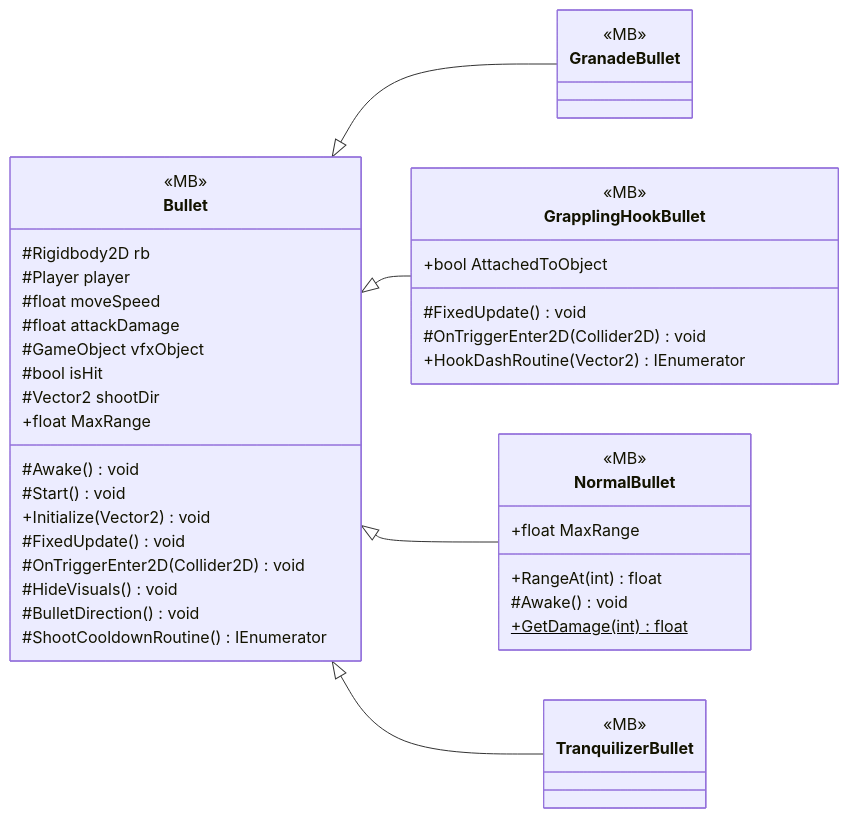
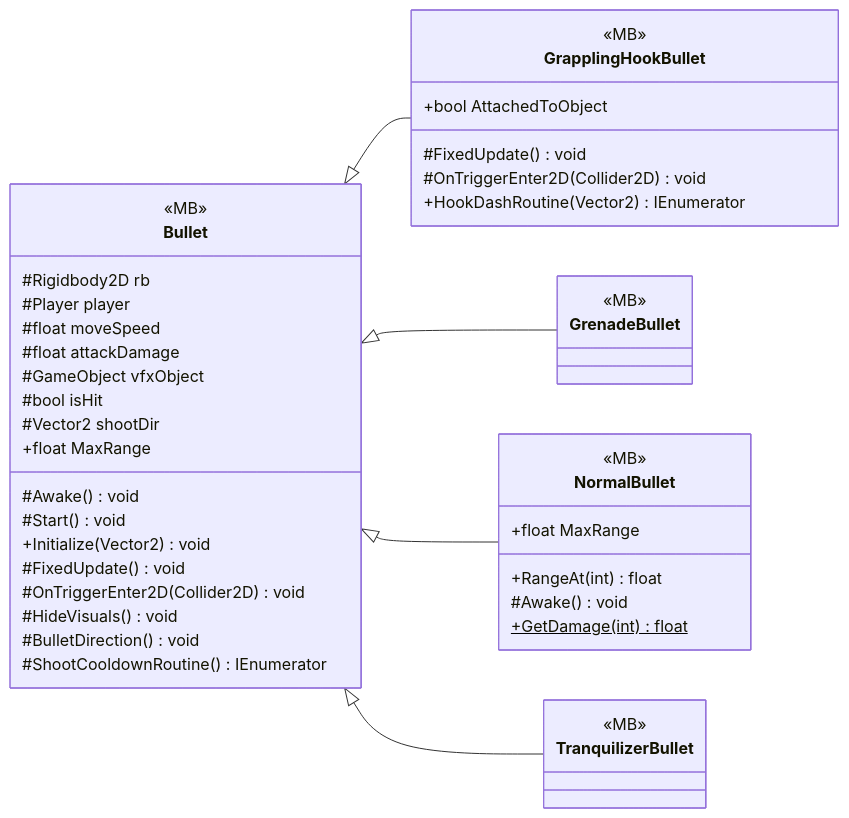
The diagram in docs/uml/modules/Gameplay_Projectiles.md (PhumipatWave/project-ocean), drawn with Mermaid before and after one commit. The commit also changed other lines of this file and 346 other files, not shown here.

````diff
--- a/docs/uml/modules/Gameplay_Projectiles.md
+++ b/docs/uml/modules/Gameplay_Projectiles.md
@@ -7,48 +7,48 @@
 ```mermaid
 classDiagram
   direction LR
   class Bullet {
     <<MB>>
     <<abstract>>
     #Rigidbody2D rb
     #Player player
     #float moveSpeed
     #float attackDamage
     #GameObject vfxObject
     #bool isHit
     #Vector2 shootDir
     +float MaxRange
     #Awake() void
     #Start() void
     +Initialize(Vector2) void
     #FixedUpdate() void
     #OnTriggerEnter2D(Collider2D) void
     #HideVisuals() void
     #BulletDirection() void
     #ShootCooldownRoutine() IEnumerator
   }
-  class GranadeBullet {
-    <<MB>>
-  }
   class GrapplingHookBullet {
     <<MB>>
     +bool AttachedToObject
     #FixedUpdate() void
     #OnTriggerEnter2D(Collider2D) void
     +HookDashRoutine(Vector2) IEnumerator
+  }
+  class GrenadeBullet {
+    <<MB>>
   }
   class NormalBullet {
     <<MB>>
     +float MaxRange
     +RangeAt(int) float
     #Awake() void
     +GetDamage(int)$ float
   }
   class TranquilizerBullet {
     <<MB>>
   }
-  Bullet <|-- GranadeBullet
   Bullet <|-- GrapplingHookBullet
+  Bullet <|-- GrenadeBullet
   Bullet <|-- NormalBullet
   Bullet <|-- TranquilizerBullet
 ```
````
